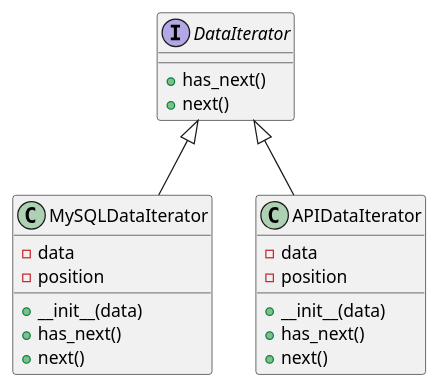
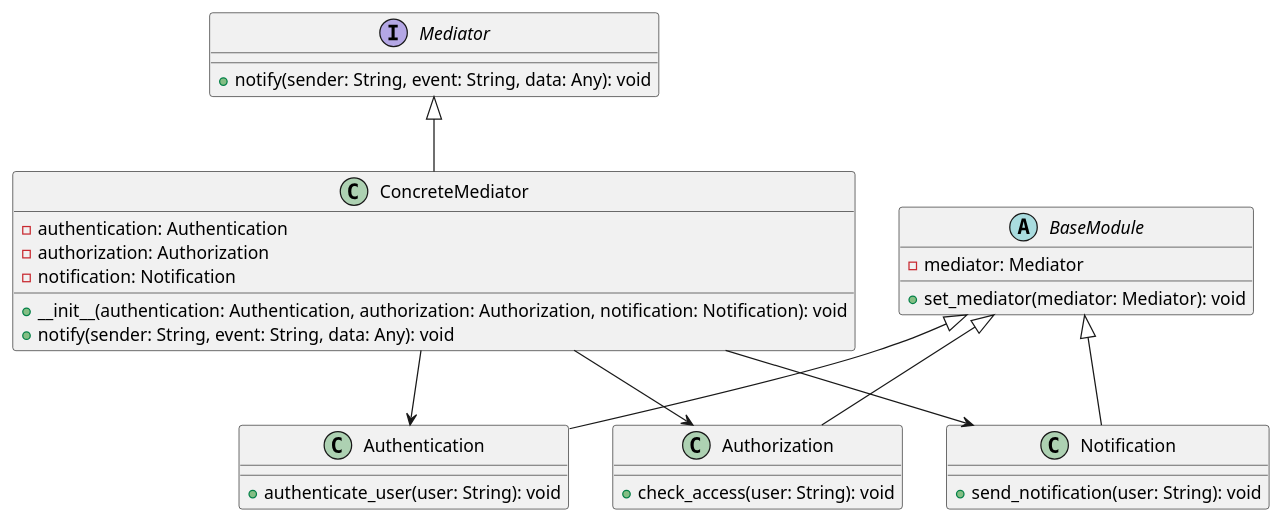
The diagram in klassifikaciya-patternov/povedencheskie-patterny-behavioral-patterns/posrednik-mediator/primery/obrabotka-zaprosov-v-sisteme-upravleniya-polzovatelyami/python.md (andrewovchinnikov/design-patterns), drawn with PlantUML before and after one commit. The commit also changed other lines of this file and 5 other files, not shown here.

````diff
--- a/klassifikaciya-patternov/povedencheskie-patterny-behavioral-patterns/posrednik-mediator/primery/obrabotka-zaprosov-v-sisteme-upravleniya-polzovatelyami/python.md
+++ b/klassifikaciya-patternov/povedencheskie-patterny-behavioral-patterns/posrednik-mediator/primery/obrabotka-zaprosov-v-sisteme-upravleniya-polzovatelyami/python.md
@@ -109,29 +120,40 @@
 ```plantuml
 @startuml
-
-interface DataIterator {
-    +has_next()
-    +next()
+interface Mediator {
+    +notify(sender: String, event: String, data: Any): void
 }
 
-class MySQLDataIterator {
-    -data
-    -position
-    +__init__(data)
-    +has_next()
-    +next()
+class ConcreteMediator {
+    -authentication: Authentication
+    -authorization: Authorization
+    -notification: Notification
+    +__init__(authentication: Authentication, authorization: Authorization, notification: Notification): void
+    +notify(sender: String, event: String, data: Any): void
 }
 
-class APIDataIterator {
-    -data
-    -position
-    +__init__(data)
-    +has_next()
-    +next()
+abstract class BaseModule {
+    -mediator: Mediator
+    +set_mediator(mediator: Mediator): void
 }
 
-DataIterator <|-- MySQLDataIterator
-DataIterator <|-- APIDataIterator
+class Authentication {
+    +authenticate_user(user: String): void
+}
 
+class Authorization {
+    +check_access(user: String): void
+}
+
+class Notification {
+    +send_notification(user: String): void
+}
+
+Mediator <|-- ConcreteMediator
+BaseModule <|-- Authentication
+BaseModule <|-- Authorization
+BaseModule <|-- Notification
+ConcreteMediator --> Authentication
+ConcreteMediator --> Authorization
+ConcreteMediator --> Notification
 @enduml
 ```
````
